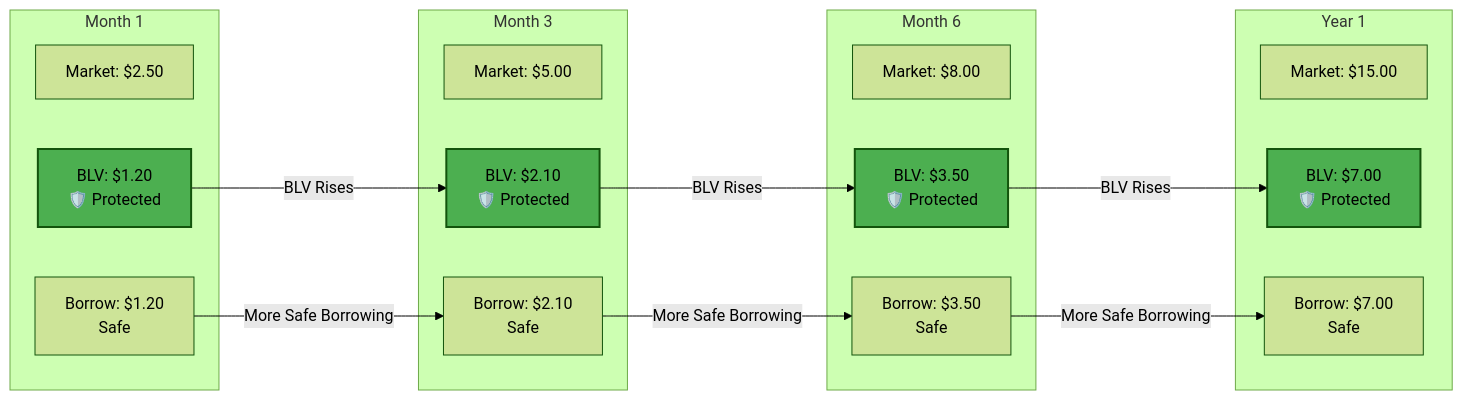
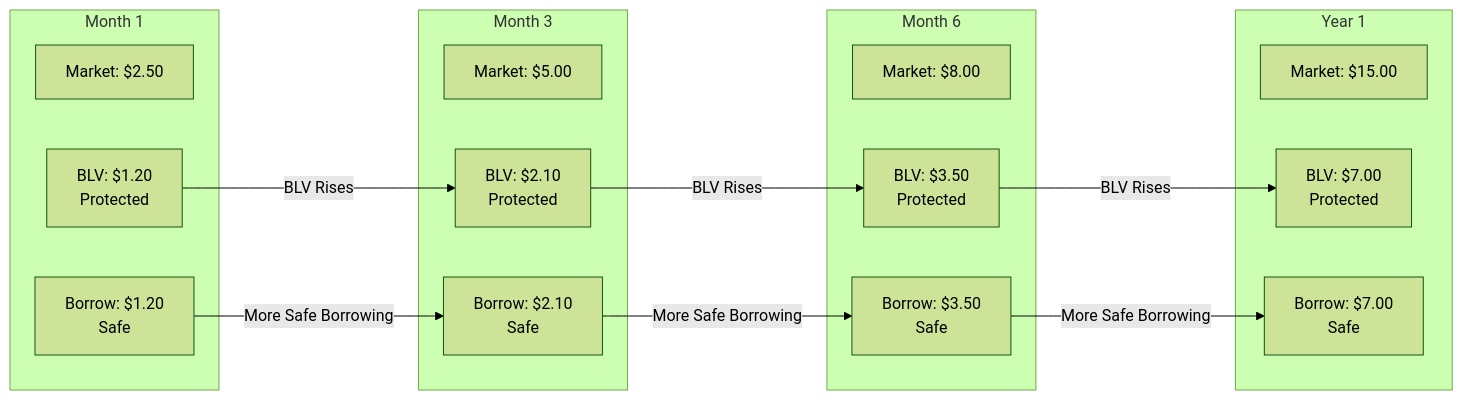
Before and after one commit to 0xJaehaerys/ohmega: the second of 6 diagrams in blackhaven-blv-user-friendly.md, drawn with Mermaid (forest theme). The commit also changed other lines of this file, not shown here.

First line of the commit message:
Remove emojis and colors from BLV user-friendly diagram

````diff
--- a/blackhaven-blv-user-friendly.md
+++ b/blackhaven-blv-user-friendly.md
@@ -55,39 +49,35 @@
 ```mermaid
 graph LR
     subgraph "Month 1"
         M1_PRICE[Market: $2.50]
-        M1_BLV[BLV: $1.20<br/>🛡️ Protected]
+        M1_BLV[BLV: $1.20<br/>Protected]
         M1_BORROW[Borrow: $1.20<br/>Safe]
     end
     
     subgraph "Month 3"
         M3_PRICE[Market: $5.00]
-        M3_BLV[BLV: $2.10<br/>🛡️ Protected]
+        M3_BLV[BLV: $2.10<br/>Protected]
         M3_BORROW[Borrow: $2.10<br/>Safe]
     end
     
     subgraph "Month 6"
         M6_PRICE[Market: $8.00]
-        M6_BLV[BLV: $3.50<br/>🛡️ Protected]
+        M6_BLV[BLV: $3.50<br/>Protected]
         M6_BORROW[Borrow: $3.50<br/>Safe]
     end
     
     subgraph "Year 1"
         Y1_PRICE[Market: $15.00]
-        Y1_BLV[BLV: $7.00<br/>🛡️ Protected]
+        Y1_BLV[BLV: $7.00<br/>Protected]
         Y1_BORROW[Borrow: $7.00<br/>Safe]
     end
     
     M1_BLV -->|BLV Rises| M3_BLV
     M3_BLV -->|BLV Rises| M6_BLV
     M6_BLV -->|BLV Rises| Y1_BLV
     
     M1_BORROW -->|More Safe Borrowing| M3_BORROW
     M3_BORROW -->|More Safe Borrowing| M6_BORROW
     M6_BORROW -->|More Safe Borrowing| Y1_BORROW
     
-    style M1_BLV fill:#4caf50,stroke-width:2px
-    style M3_BLV fill:#4caf50,stroke-width:2px
-    style M6_BLV fill:#4caf50,stroke-width:2px
-    style Y1_BLV fill:#4caf50,stroke-width:2px
 ```
````
